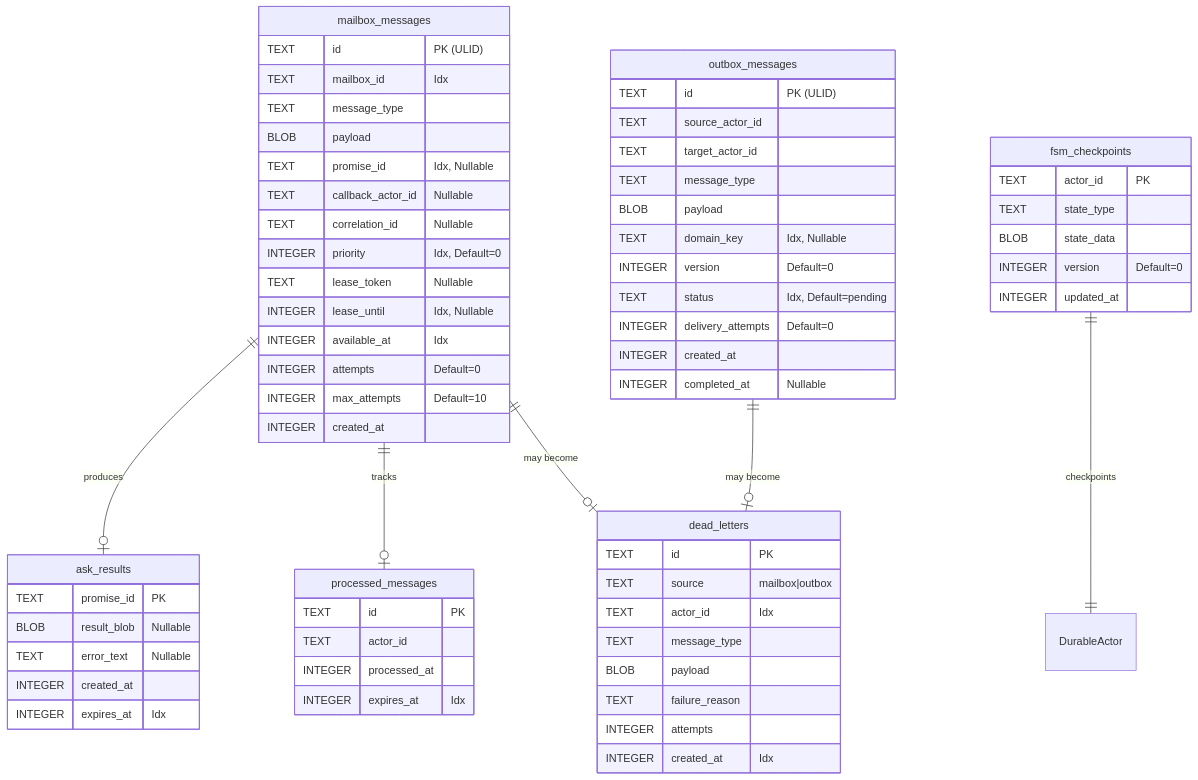
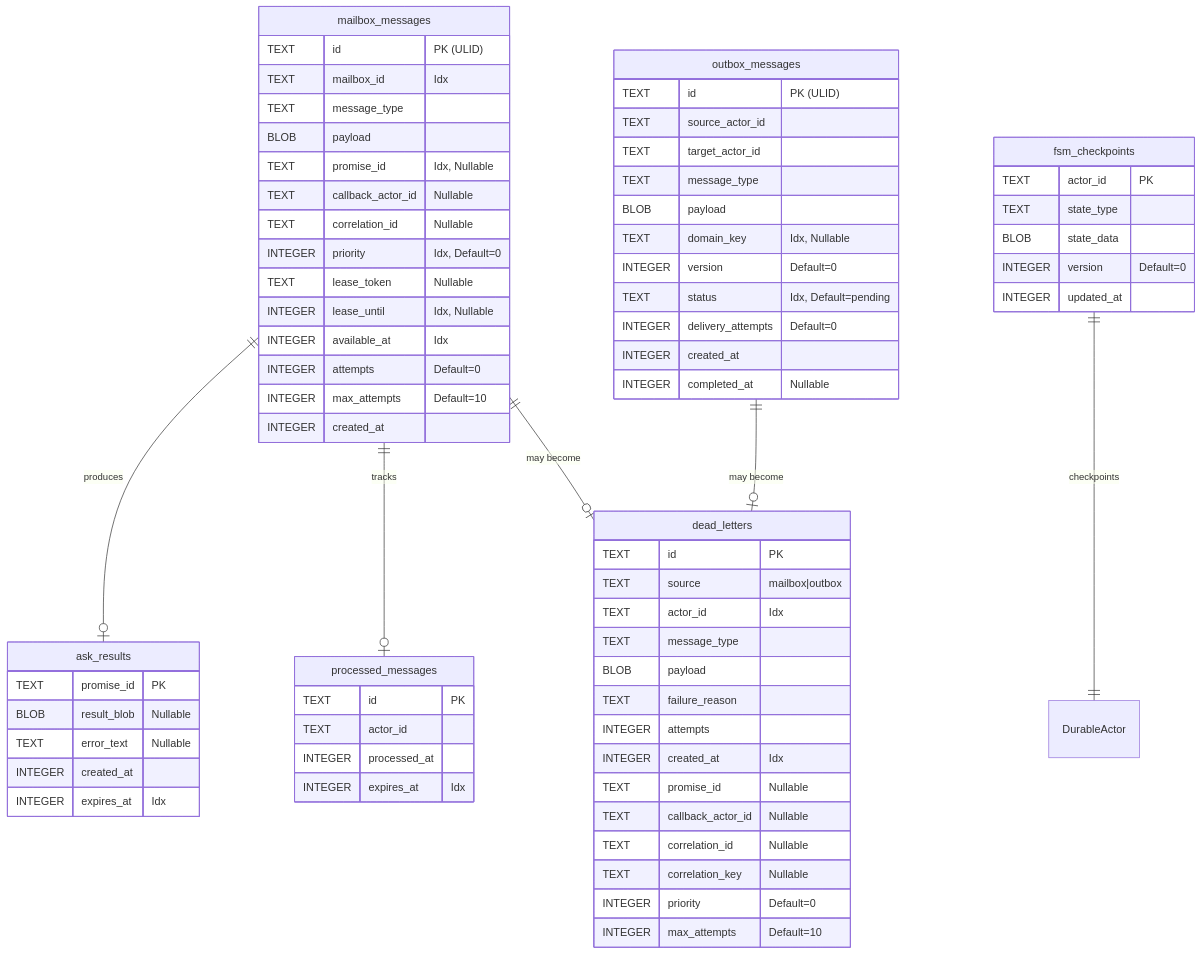
The first of 5 diagrams in db/actor_delivery_store.md (lightninglabs/wavelength), drawn with Mermaid before and after one commit. The commit also changed other lines of this file and 11 other files, not shown here.

````diff
--- a/db/actor_delivery_store.md
+++ b/db/actor_delivery_store.md
@@ -41,73 +41,79 @@
 ```mermaid
 erDiagram
     mailbox_messages ||--o| ask_results : "produces"
     mailbox_messages ||--o| processed_messages : "tracks"
     mailbox_messages ||--o| dead_letters : "may become"
     outbox_messages ||--o| dead_letters : "may become"
     fsm_checkpoints ||--|| DurableActor : "checkpoints"
 
     mailbox_messages {
         TEXT id "PK (ULID)"
         TEXT mailbox_id "Idx"
         TEXT message_type
         BLOB payload
         TEXT promise_id "Idx, Nullable"
         TEXT callback_actor_id "Nullable"
         TEXT correlation_id "Nullable"
         INTEGER priority "Idx, Default=0"
         TEXT lease_token "Nullable"
         INTEGER lease_until "Idx, Nullable"
         INTEGER available_at "Idx"
         INTEGER attempts "Default=0"
         INTEGER max_attempts "Default=10"
         INTEGER created_at
     }
 
     outbox_messages {
         TEXT id "PK (ULID)"
         TEXT source_actor_id
         TEXT target_actor_id
         TEXT message_type
         BLOB payload
         TEXT domain_key "Idx, Nullable"
         INTEGER version "Default=0"
         TEXT status "Idx, Default=pending"
         INTEGER delivery_attempts "Default=0"
         INTEGER created_at
         INTEGER completed_at "Nullable"
     }
 
     ask_results {
         TEXT promise_id "PK"
         BLOB result_blob "Nullable"
         TEXT error_text "Nullable"
         INTEGER created_at
         INTEGER expires_at "Idx"
     }
 
     processed_messages {
         TEXT id "PK"
         TEXT actor_id
         INTEGER processed_at
         INTEGER expires_at "Idx"
     }
 
     fsm_checkpoints {
         TEXT actor_id "PK"
         TEXT state_type
         BLOB state_data
         INTEGER version "Default=0"
         INTEGER updated_at
     }
 
     dead_letters {
         TEXT id "PK"
         TEXT source "mailbox|outbox"
         TEXT actor_id "Idx"
         TEXT message_type
         BLOB payload
         TEXT failure_reason
         INTEGER attempts
         INTEGER created_at "Idx"
+        TEXT promise_id "Nullable"
+        TEXT callback_actor_id "Nullable"
+        TEXT correlation_id "Nullable"
+        TEXT correlation_key "Nullable"
+        INTEGER priority "Default=0"
+        INTEGER max_attempts "Default=10"
     }
 ```
````
